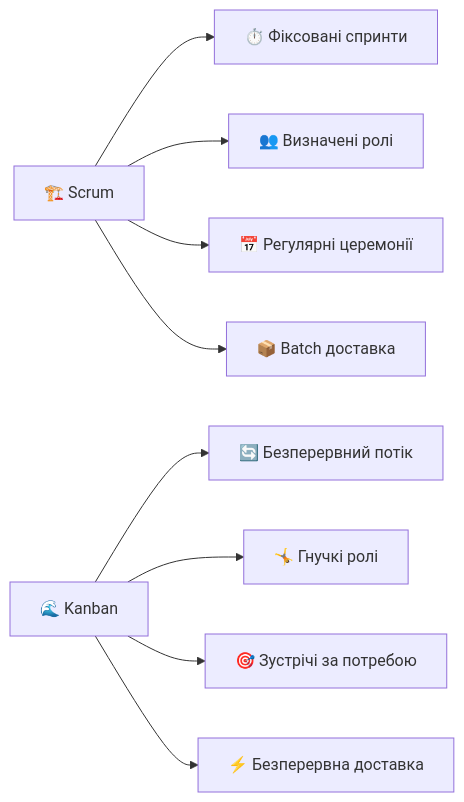
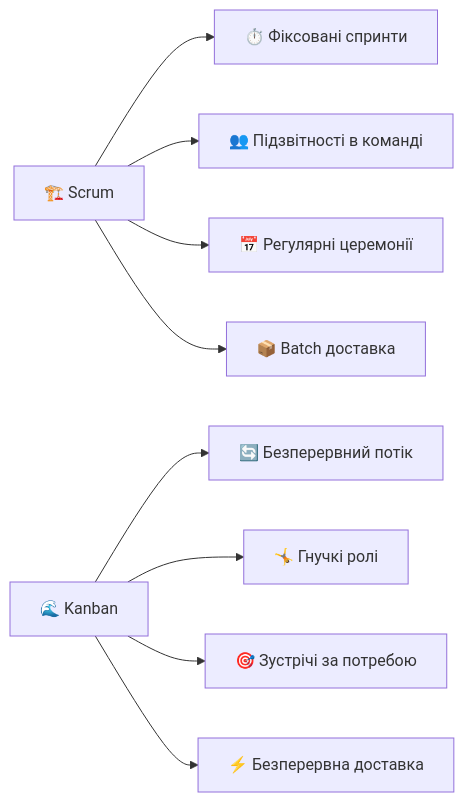
Before and after one commit to olroi421/course-opi-v2: the third of 3 diagrams in presentations/presentation-06.md, drawn with Mermaid. The commit also changed other lines of this file and 6 other files, not shown here.

````diff
--- a/presentations/presentation-06.md
+++ b/presentations/presentation-06.md
@@ -164,12 +168,12 @@
 ```mermaid
 graph LR
     A[🏗️ Scrum] --> B[⏱️ Фіксовані спринти]
-    A --> C[👥 Визначені ролі]
+    A --> C[👥 Підзвітності в команді]
     A --> D[📅 Регулярні церемонії]
     A --> E[📦 Batch доставка]
 
     F[🌊 Kanban] --> G[🔄 Безперервний потік]
     F --> H[🤸 Гнучкі ролі]
     F --> I[🎯 Зустрічі за потребою]
     F --> J[⚡ Безперервна доставка]
 ```
````
